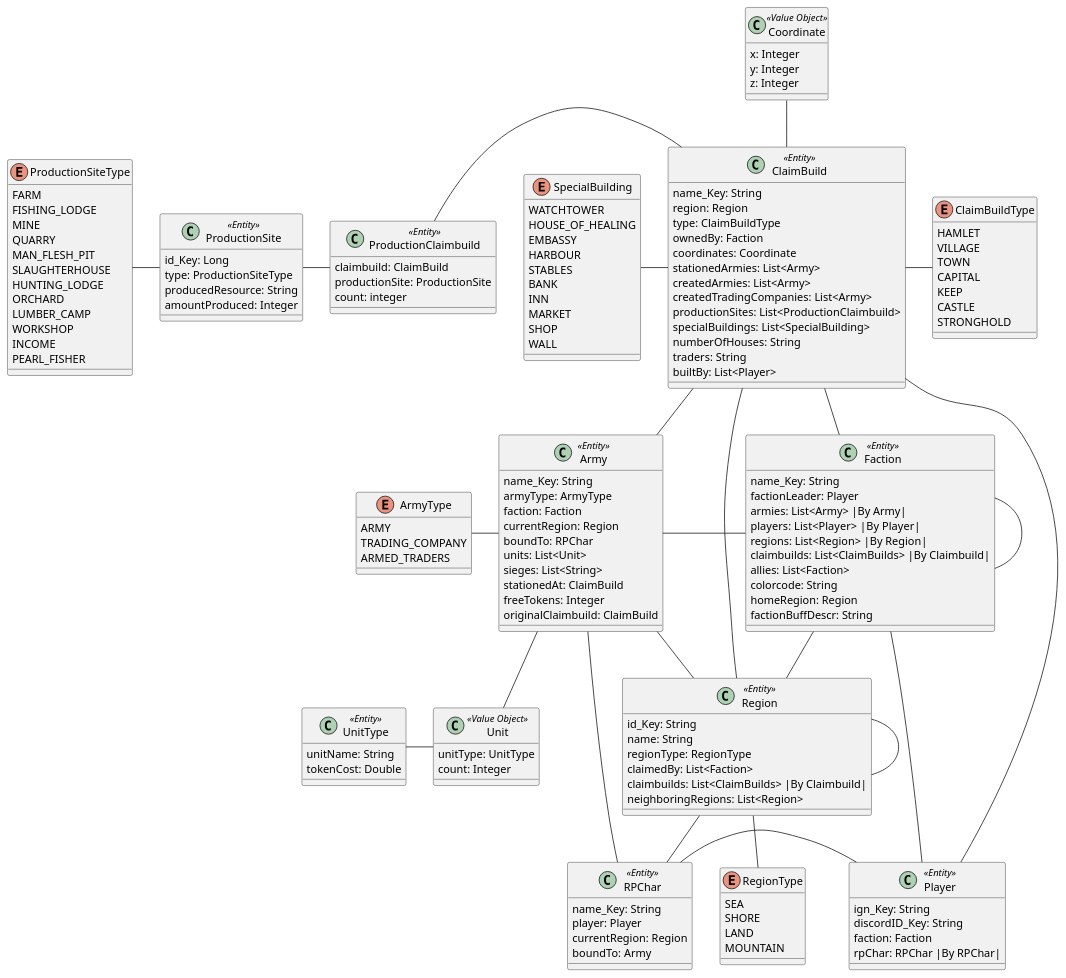
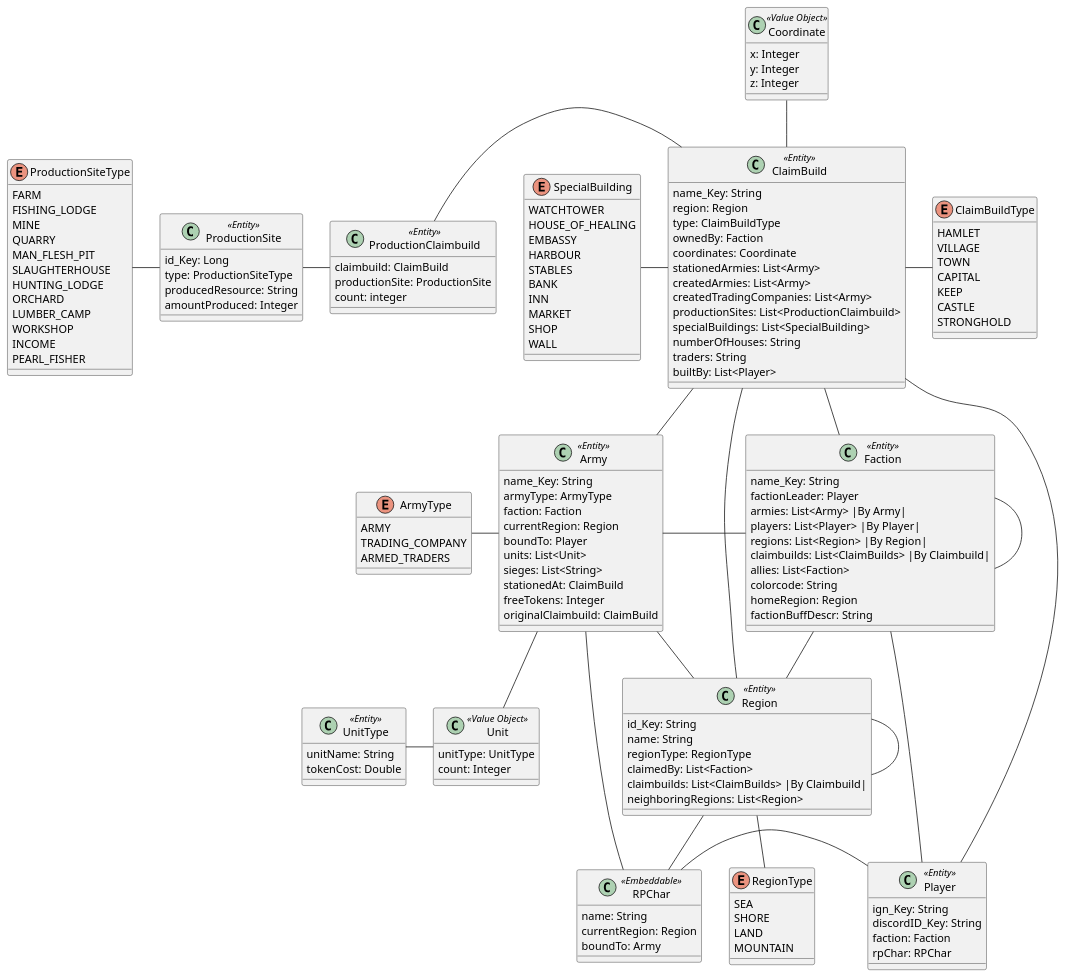
One commit to Team-KekX/Ardas-Legends-App changed the diagram in ALSpringBackend/src/main/puml/ArdasLegendsDomain.puml. Above: the diagram before and after it, drawn with PlantUML. The commit also changed 3 other files, not shown here.

First line of the commit message:
Changed RPChar, Player Relation

```diff
--- a/ALSpringBackend/src/main/puml/ArdasLegendsDomain.puml
+++ b/ALSpringBackend/src/main/puml/ArdasLegendsDomain.puml
@@ -1,180 +1,179 @@
 @startuml
 class Region <<Entity>> {
     id_Key: String
     name: String
     regionType: RegionType
     claimedBy: List<Faction>
     claimbuilds: List<ClaimBuilds> |By Claimbuild|
     neighboringRegions: List<Region>
 }
 
 enum RegionType {
     SEA
     SHORE
     LAND
     MOUNTAIN
 }
 
 class ClaimBuild <<Entity>> {
     name_Key: String
     region: Region
     type: ClaimBuildType
     ownedBy: Faction
     coordinates: Coordinate
     stationedArmies: List<Army>
     createdArmies: List<Army>
     createdTradingCompanies: List<Army>
     productionSites: List<ProductionClaimbuild>
     specialBuildings: List<SpecialBuilding>
     numberOfHouses: String
     traders: String
     builtBy: List<Player>
 }
 
 enum ClaimBuildType {
     HAMLET
     VILLAGE
     TOWN
     CAPITAL
     KEEP
     CASTLE
     STRONGHOLD
 }
 
 class Faction <<Entity>> {
     name_Key: String
     factionLeader: Player
     armies: List<Army> |By Army|
     players:  List<Player> |By Player|
     regions: List<Region> |By Region|
     claimbuilds: List<ClaimBuilds> |By Claimbuild|
     allies: List<Faction>
     colorcode: String
     homeRegion: Region
     factionBuffDescr: String
 }
 
 class Player <<Entity>> {
     ign_Key: String
     discordID_Key: String
     faction: Faction
-    rpChar: RPChar |By RPChar|
+    rpChar: RPChar
 }
 
-class RPChar <<Entity>> {
-    name_Key: String
-    player: Player
+class RPChar <<Embeddable>> {
+    name: String
     currentRegion: Region
     boundTo: Army
 }
 
 class Coordinate <<Value Object>> {
     x: Integer
     y: Integer
     z: Integer
 }
 
 class ProductionSite <<Entity>> {
     id_Key: Long
     type: ProductionSiteType
     producedResource: String
     amountProduced: Integer
 }
 
 class ProductionClaimbuild <<Entity>> {
     claimbuild: ClaimBuild
     productionSite: ProductionSite
     count: integer
 }
 
 enum ProductionSiteType {
     FARM
     FISHING_LODGE
     MINE
     QUARRY
     MAN_FLESH_PIT
     SLAUGHTERHOUSE
     HUNTING_LODGE
     ORCHARD
     LUMBER_CAMP
     WORKSHOP
     INCOME
     PEARL_FISHER
 }
 
 enum SpecialBuilding {
     WATCHTOWER
     HOUSE_OF_HEALING
     EMBASSY
     HARBOUR
     STABLES
     BANK
     INN
     MARKET
     SHOP
     WALL
 }
 
 class Army <<Entity>> {
     name_Key: String
     armyType: ArmyType
     faction: Faction
     currentRegion: Region
-    boundTo: RPChar
+    boundTo: Player
     units: List<Unit>
     sieges: List<String>
     stationedAt: ClaimBuild
     freeTokens: Integer
     originalClaimbuild: ClaimBuild
 }
 
 enum ArmyType {
     ARMY
     TRADING_COMPANY
     ARMED_TRADERS
 }
 
 class Unit <<Value Object>> {
     unitType: UnitType
     count: Integer
 }
 
 class UnitType <<Entity>> {
     unitName: String
     tokenCost: Double
 }
 
 Region -  ClaimBuild
 Region - Region
 Region -down- RPChar
 RegionType -up- Region
 
 Faction -down- Region
 Faction -right Player
 Faction -left Army
 Faction -up- ClaimBuild
 Faction - Faction
 
 ClaimBuild - Player
 ClaimBuild -right- ClaimBuildType
 ClaimBuild -up- Coordinate
 ClaimBuild - Army
 
 ProductionSite - ProductionClaimbuild
 ProductionClaimbuild - ClaimBuild
 SpecialBuilding - ClaimBuild
 
 ProductionSite -left- ProductionSiteType
 
 
 RPChar - Player
 
 Army -down- Unit
 Army - Region
 Army - RPChar
 
 ArmyType - Army
 
 UnitType - Unit
 
 @enduml
```
